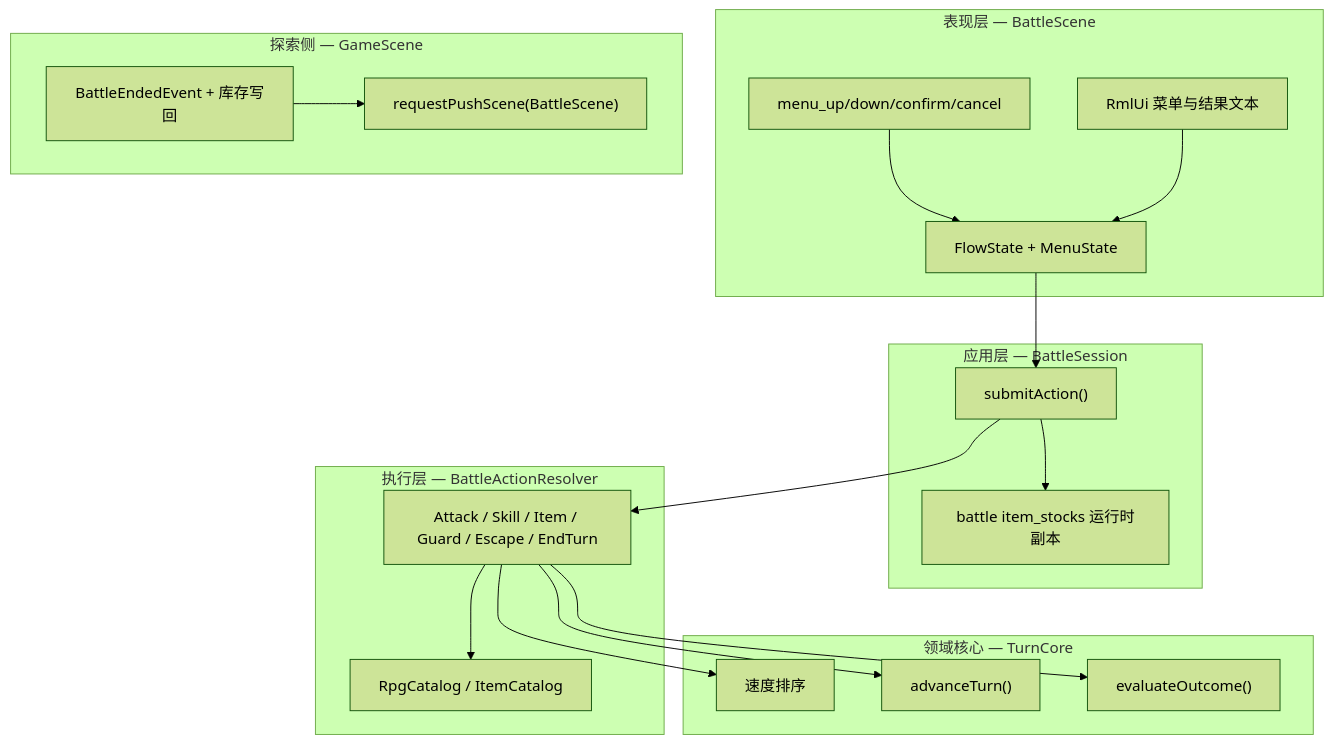
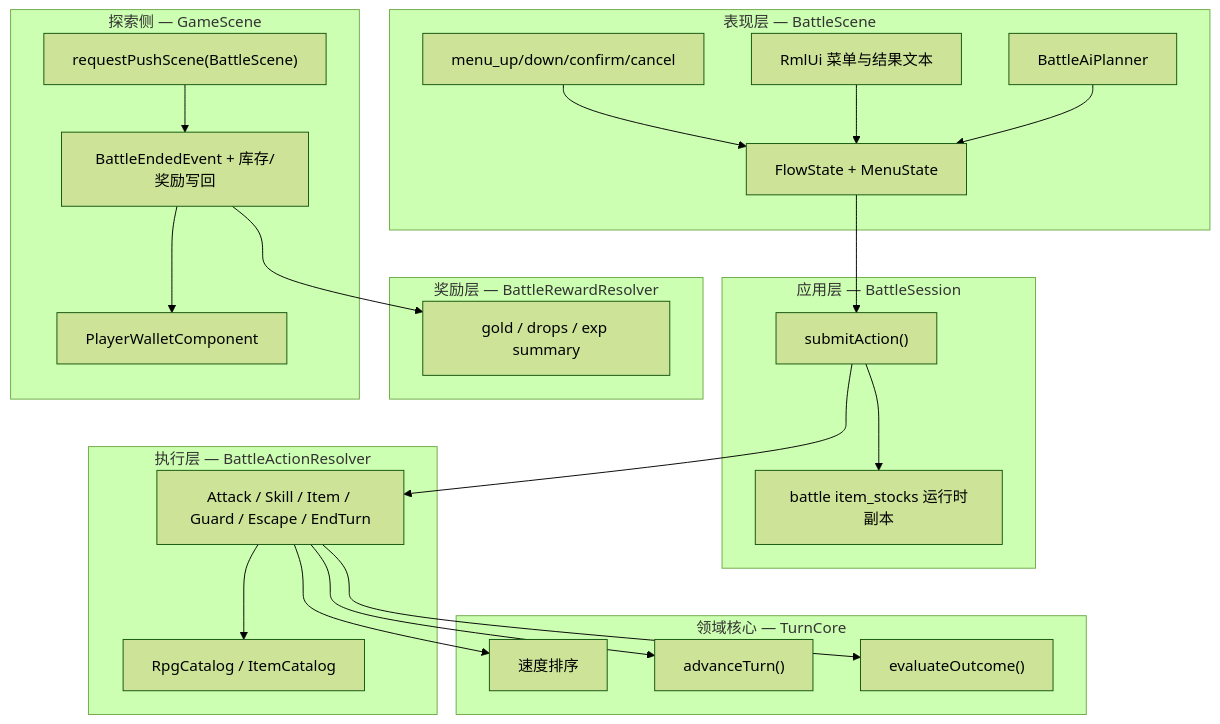
The first of 7 diagrams in docs/gameplay/turn-based-battle.md (WispSnow/TinyFarmRPG), drawn with Mermaid (forest theme) before and after one commit. The commit also changed other lines of this file and 12 other files, not shown here.

````diff
--- a/docs/gameplay/turn-based-battle.md
+++ b/docs/gameplay/turn-based-battle.md
@@ -22,40 +24,49 @@
 ```mermaid
 graph TD
     subgraph "表现层 — BattleScene"
         UI["RmlUi 菜单与结果文本"]
         FSM["FlowState + MenuState"]
         INPUT["menu_up/down/confirm/cancel"]
+        AI["BattleAiPlanner"]
     end
 
     subgraph "应用层 — BattleSession"
         SESSION["submitAction()"]
         STOCKS["battle item_stocks 运行时副本"]
     end
 
     subgraph "执行层 — BattleActionResolver"
         RESOLVE["Attack / Skill / Item / Guard / Escape / EndTurn"]
         CATALOG["RpgCatalog / ItemCatalog"]
     end
 
+    subgraph "奖励层 — BattleRewardResolver"
+        REWARD["gold / drops / exp summary"]
+    end
+
     subgraph "领域核心 — TurnCore"
         ORDER["速度排序"]
         ADV["advanceTurn()"]
         OUTCOME["evaluateOutcome()"]
     end
 
     subgraph "探索侧 — GameScene"
         PUSH["requestPushScene(BattleScene)"]
-        WRITEBACK["BattleEndedEvent + 库存写回"]
+        WRITEBACK["BattleEndedEvent + 库存/奖励写回"]
+        WALLET["PlayerWalletComponent"]
     end
 
     INPUT --> FSM
     UI --> FSM
+    AI --> FSM
     FSM --> SESSION
     SESSION --> STOCKS
     SESSION --> RESOLVE
     RESOLVE --> CATALOG
     RESOLVE --> ORDER
     RESOLVE --> ADV
     RESOLVE --> OUTCOME
-    WRITEBACK --> PUSH
+    WRITEBACK --> REWARD
+    WRITEBACK --> WALLET
+    PUSH --> WRITEBACK
 ```
````
